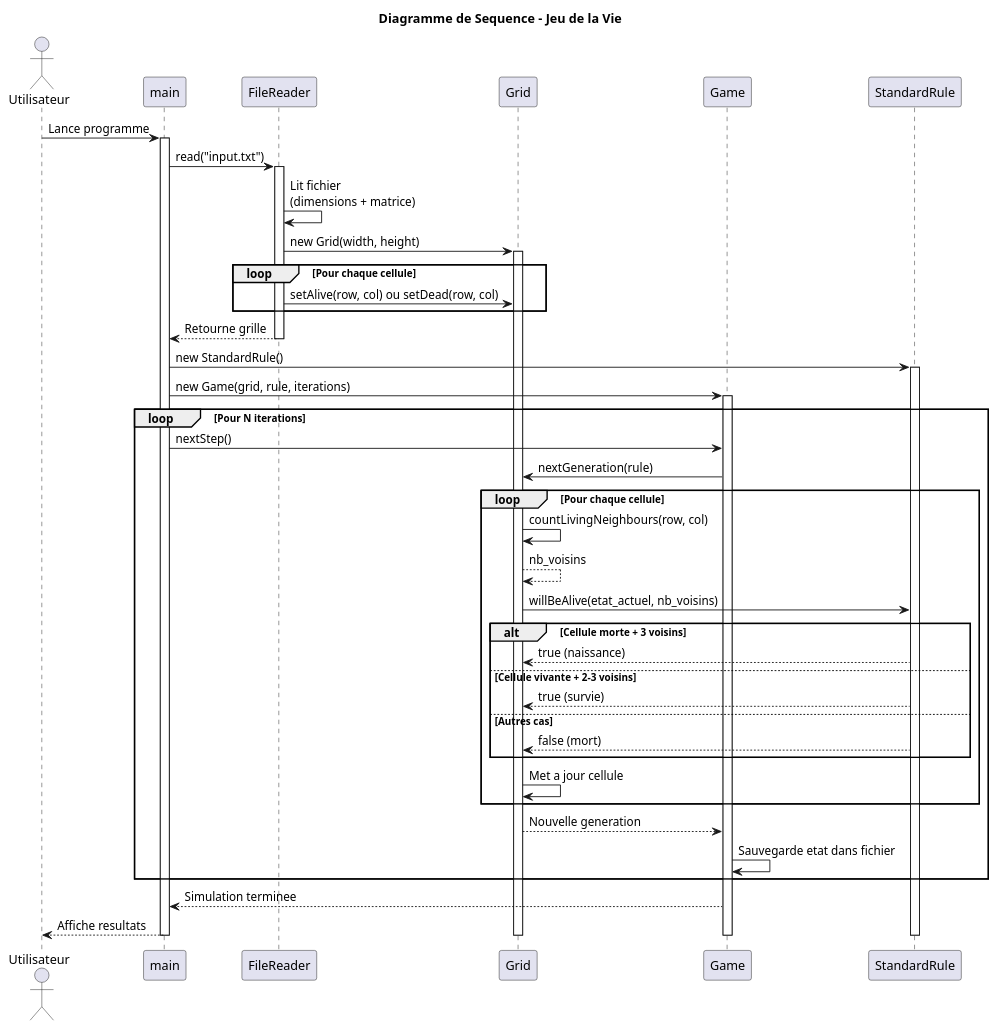
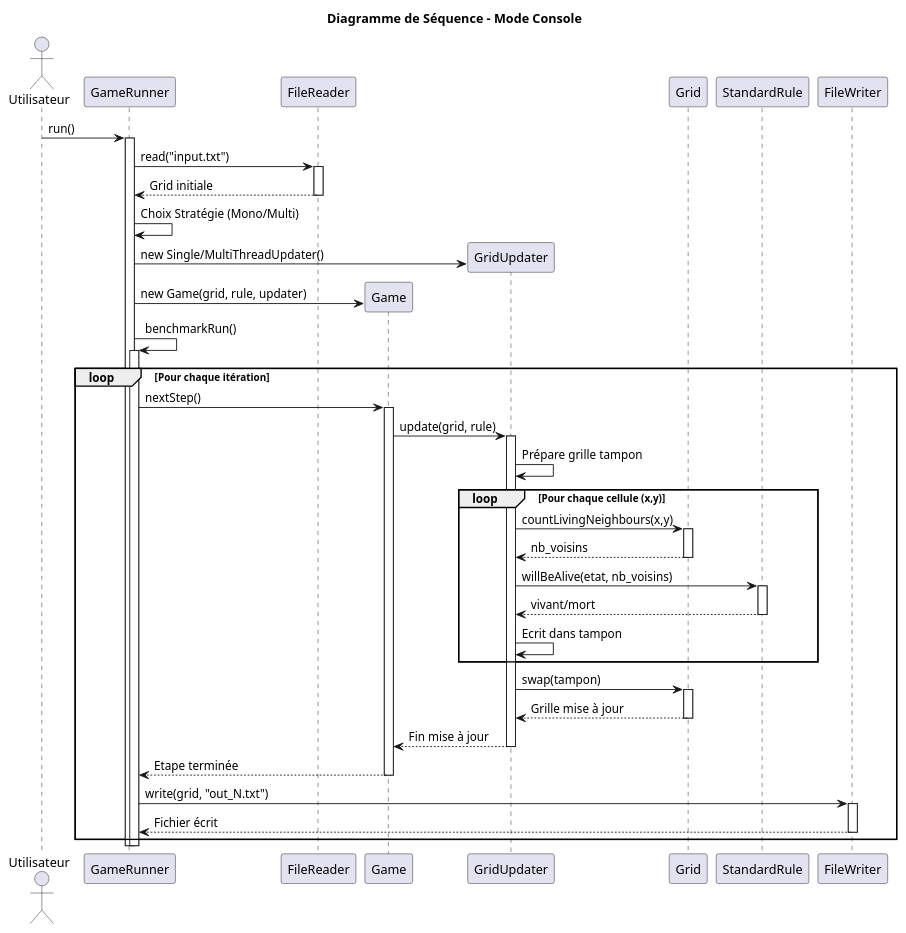
The diagram in Diagrammes_UML/Diagramme_sequence.puml (BenCsn-sudo/Projet-Jeu-de-la-vie---Programmation-Orient-Objet-POO-), drawn with PlantUML before and after one commit. The commit also changed 5 other files, not shown here.

```diff
--- a/Diagrammes_UML/Diagramme_sequence.puml
+++ b/Diagrammes_UML/Diagramme_sequence.puml
@@ -1,73 +1,76 @@
 @startuml
-title Diagramme de Sequence - Jeu de la Vie
+title Diagramme de Séquence - Mode Console
 
 actor Utilisateur
-participant "main" as Main
+participant "GameRunner" as Runner
 participant "FileReader" as Reader
+participant "Game" as Game
+participant "GridUpdater" as Updater
 participant "Grid" as Grid
-participant "Game" as Game
 participant "StandardRule" as Rule
+participant "FileWriter" as Writer
 
-Utilisateur -> Main : Lance programme
-activate Main
+Utilisateur -> Runner : run()
+activate Runner
 
-Main -> Reader : read("input.txt")
+Runner -> Reader : read("input.txt")
 activate Reader
+Reader --> Runner : Grid initiale
+deactivate Reader
 
-Reader -> Reader : Lit fichier\n(dimensions + matrice)
+Runner -> Runner : Choix Stratégie (Mono/Multi)
+create Updater
+Runner -> Updater : new Single/MultiThreadUpdater()
 
-Reader -> Grid : new Grid(width, height)
-activate Grid
+create Game
+Runner -> Game : new Game(grid, rule, updater)
 
-loop Pour chaque cellule
-  Reader -> Grid : setAlive(row, col) ou setDead(row, col)
+Runner -> Runner : benchmarkRun()
+activate Runner
+
+loop Pour chaque itération
+
+    Runner -> Game : nextStep()
+    activate Game
+    
+    Game -> Updater : update(grid, rule)
+    activate Updater
+    
+    Updater -> Updater : Prépare grille tampon
+    
+    loop Pour chaque cellule (x,y)
+        Updater -> Grid : countLivingNeighbours(x,y)
+        activate Grid
+        Grid --> Updater : nb_voisins
+        deactivate Grid
+        
+        Updater -> Rule : willBeAlive(etat, nb_voisins)
+        activate Rule
+        Rule --> Updater : vivant/mort
+        deactivate Rule
+        
+        Updater -> Updater : Ecrit dans tampon
+    end
+    
+    Updater -> Grid : swap(tampon)
+    activate Grid
+    Grid --> Updater : Grille mise à jour
+    deactivate Grid
+    
+    Updater --> Game : Fin mise à jour
+    deactivate Updater
+    
+    Game --> Runner : Etape terminée
+    deactivate Game
+    
+    Runner -> Writer : write(grid, "out_N.txt")
+    activate Writer
+    Writer --> Runner : Fichier écrit
+    deactivate Writer
+
 end
 
-Reader --> Main : Retourne grille
-deactivate Reader
-
-Main -> Rule : new StandardRule()
-activate Rule
-
-Main -> Game : new Game(grid, rule, iterations)
-activate Game
-
-loop Pour N iterations
-  
-  Main -> Game : nextStep()
-  
-  Game -> Grid : nextGeneration(rule)
-  
-  loop Pour chaque cellule
-    Grid -> Grid : countLivingNeighbours(row, col)
-    Grid --> Grid : nb_voisins
-    
-    Grid -> Rule : willBeAlive(etat_actuel, nb_voisins)
-    
-    alt Cellule morte + 3 voisins
-      Rule --> Grid : true (naissance)
-    else Cellule vivante + 2-3 voisins
-      Rule --> Grid : true (survie)
-    else Autres cas
-      Rule --> Grid : false (mort)
-    end
-    
-    Grid -> Grid : Met a jour cellule
-  end
-  
-  Grid --> Game : Nouvelle generation
-  
-  Game -> Game : Sauvegarde etat dans fichier
-  
-end
-
-Game --> Main : Simulation terminee
-
-Main --> Utilisateur : Affiche resultats
-
-deactivate Game
-deactivate Rule
-deactivate Grid
-deactivate Main
+deactivate Runner
+deactivate Runner
 
 @enduml
```
